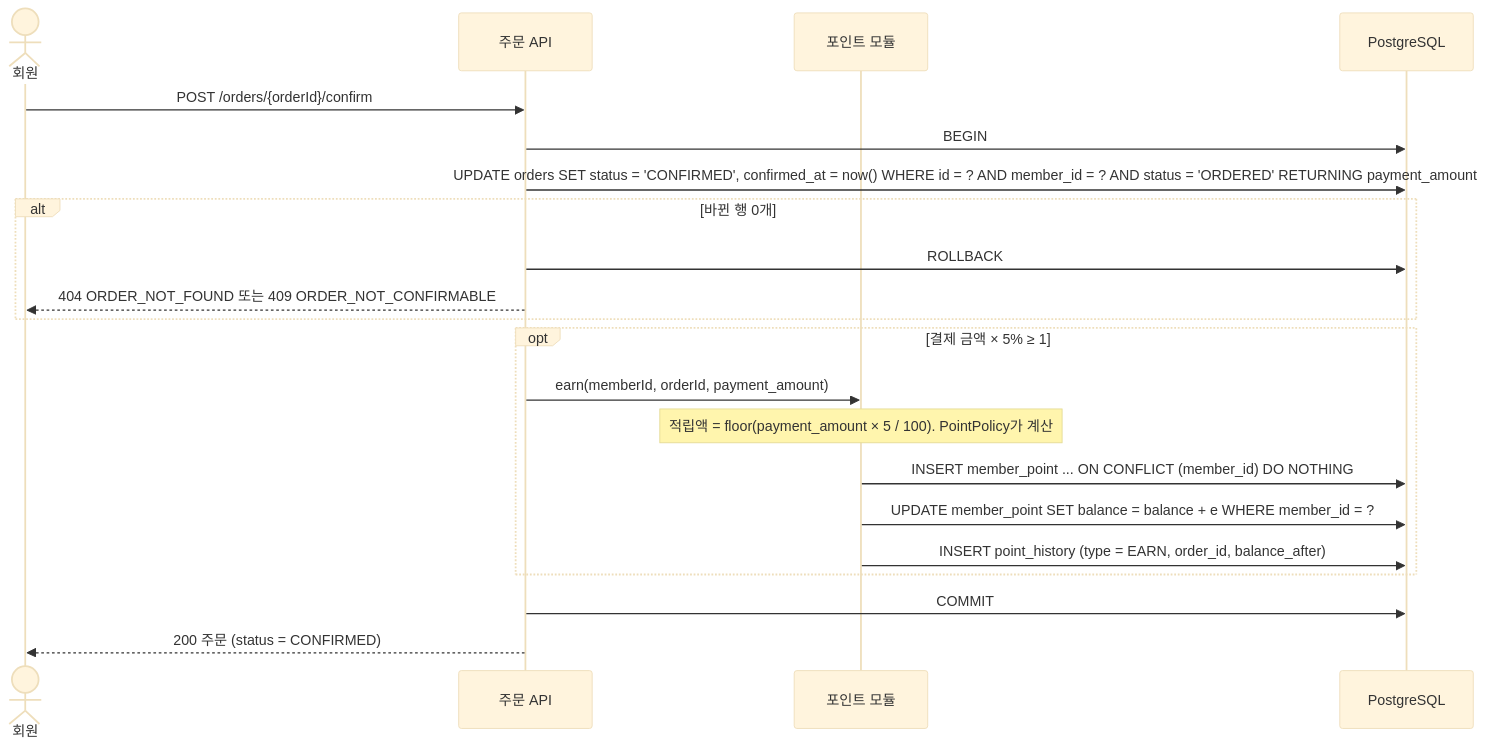
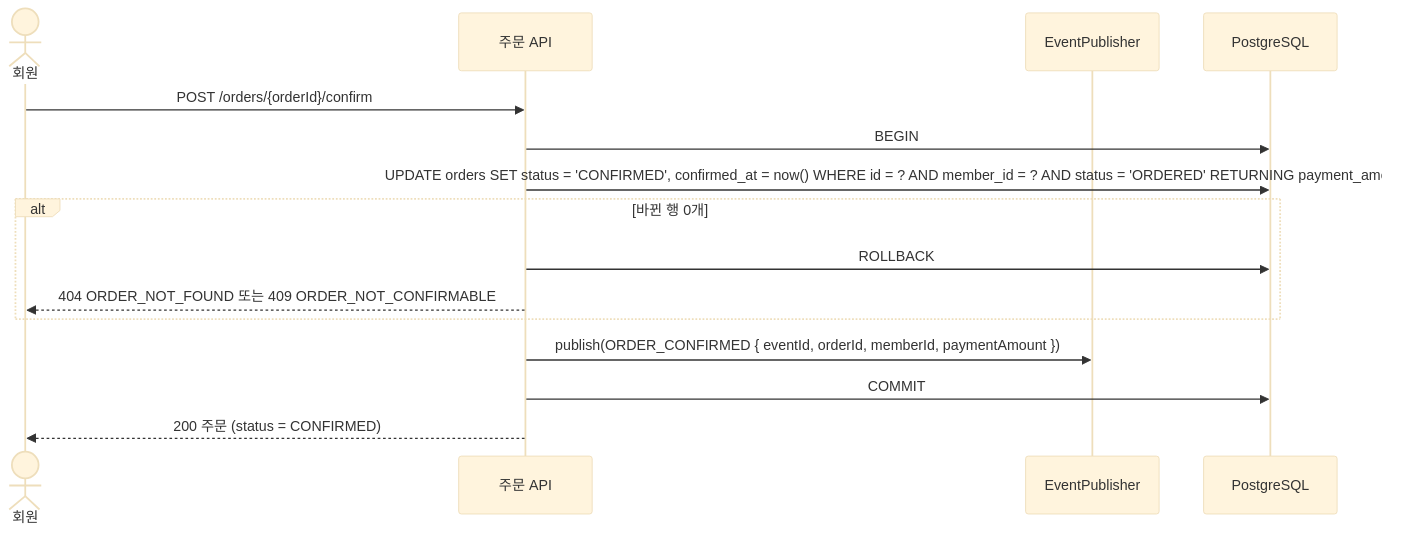
Before and after one commit to KAPUIST/flash-gate: the eighth of 9 diagrams in docs/features/order/flows.md, drawn with Mermaid (base theme). The commit also changed other lines of this file and 14 other files, not shown here.

````diff
--- a/docs/features/order/flows.md
+++ b/docs/features/order/flows.md
@@ -266,24 +268,18 @@
 ```mermaid
 sequenceDiagram
     actor U as 회원
     participant O as 주문 API
-    participant PT as 포인트 모듈
+    participant E as EventPublisher
     participant DB as PostgreSQL
 
     U->>O: POST /orders/{orderId}/confirm
     O->>DB: BEGIN
     O->>DB: UPDATE orders SET status = 'CONFIRMED', confirmed_at = now() WHERE id = ? AND member_id = ? AND status = 'ORDERED' RETURNING payment_amount
     alt 바뀐 행 0개
         O->>DB: ROLLBACK
         O-->>U: 404 ORDER_NOT_FOUND 또는 409 ORDER_NOT_CONFIRMABLE
     end
-    opt 결제 금액 × 5% ≥ 1
-        O->>PT: earn(memberId, orderId, payment_amount)
-        Note over PT: 적립액 = floor(payment_amount × 5 / 100). PointPolicy가 계산
-        PT->>DB: INSERT member_point ... ON CONFLICT (member_id) DO NOTHING
-        PT->>DB: UPDATE member_point SET balance = balance + e WHERE member_id = ?
-        PT->>DB: INSERT point_history (type = EARN, order_id, balance_after)
-    end
+    O->>E: publish(ORDER_CONFIRMED { eventId, orderId, memberId, paymentAmount })
     O->>DB: COMMIT
     O-->>U: 200 주문 (status = CONFIRMED)
 ```
````
